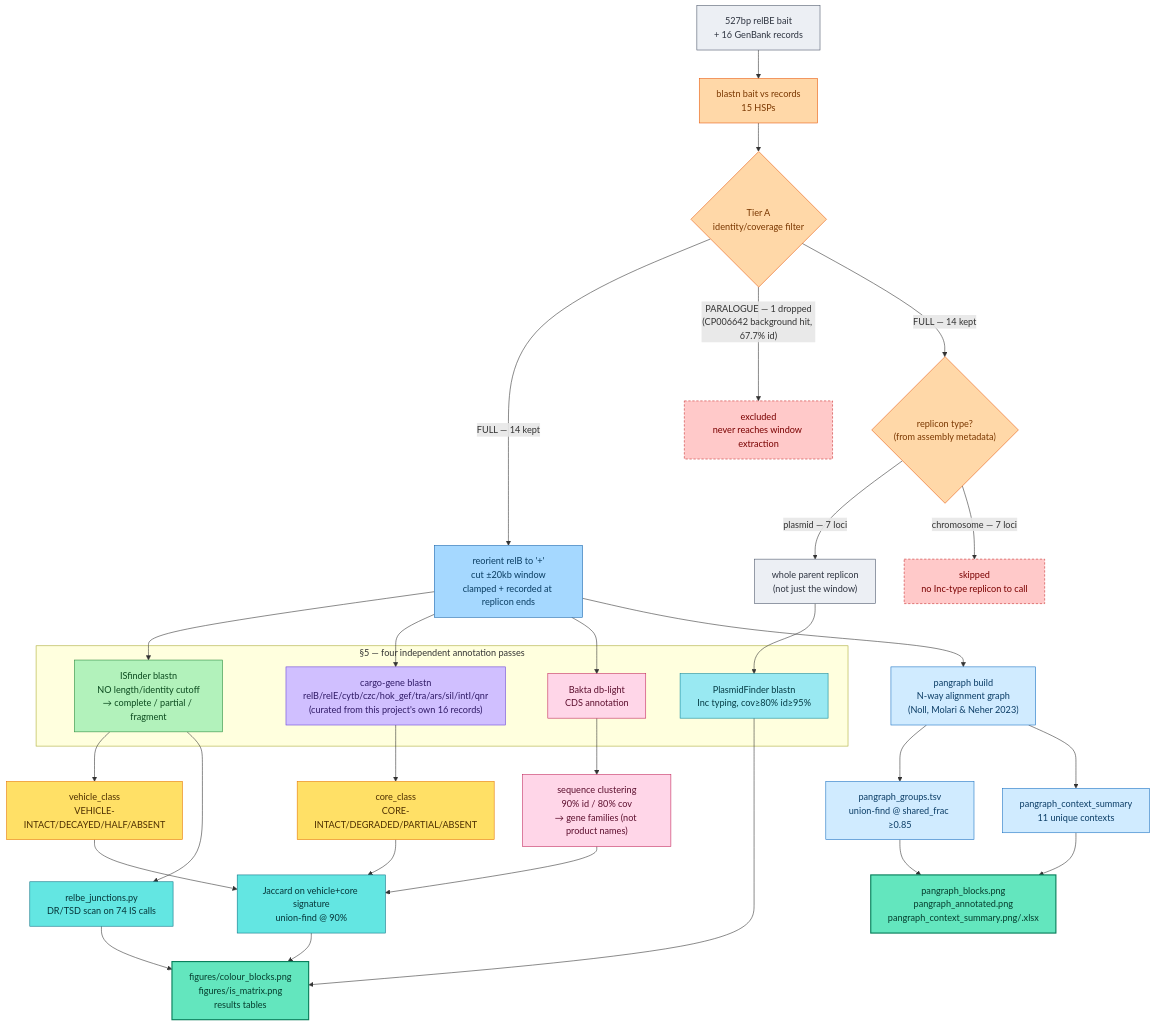
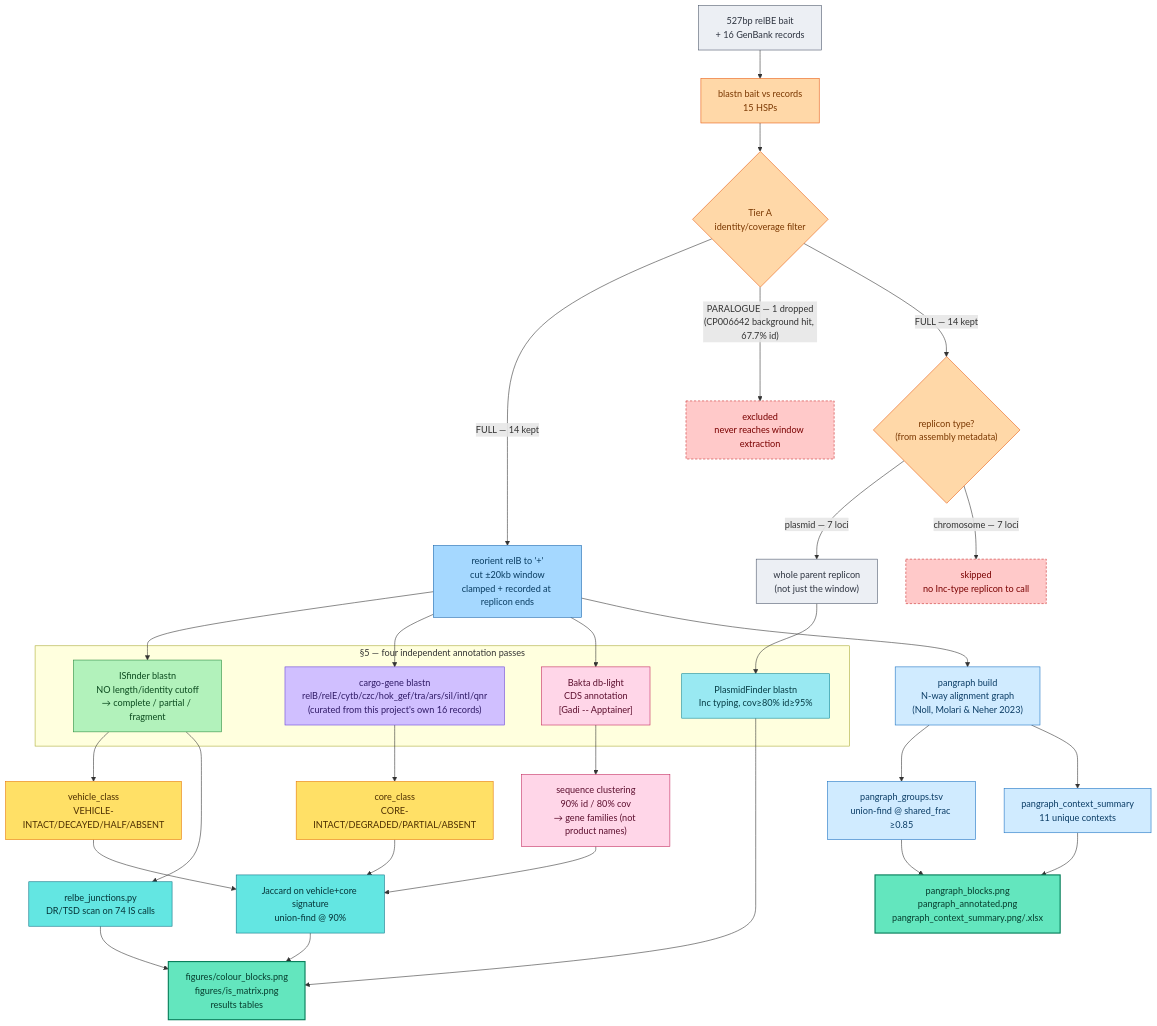
One commit to sethiyap/TAflank changed the second of 2 diagrams in REPORT.md. Above: the diagram before and after it, drawn with Mermaid. The commit also changed other lines of this file, not shown here.

First line of the commit message:
REPORT.md: simplify the vehicle/cargo/core schematic, mark Gadi vs local steps

````diff
--- a/REPORT.md
+++ b/REPORT.md
@@ -111,63 +110,63 @@
 ```mermaid
 flowchart TD
     bait["527bp relBE bait\n+ 16 GenBank records"]:::input
 
     bait --> blast["blastn bait vs records\n15 HSPs"]:::tier
     blast --> tierA{"Tier A\nidentity/coverage filter"}:::tier
     tierA -->|"FULL — 14 kept"| window
     tierA -->|"PARALOGUE — 1 dropped\n(CP006642 background hit, 67.7% id)"| dropped["excluded\nnever reaches window extraction"]:::dropped
 
     window["reorient relB to '+'\ncut ±20kb window\nclamped + recorded at replicon ends"]:::window
     window --> isfinder
     window --> cargo
     window --> bakta
     window --> pangraphBuild
 
     tierA -->|"FULL — 14 kept"| replClass{"replicon type?\n(from assembly metadata)"}:::tier
     replClass -->|"plasmid — 7 loci"| replicon
     replClass -->|"chromosome — 7 loci"| noPF["skipped\nno Inc-type replicon to call"]:::dropped
 
     replicon["whole parent replicon\n(not just the window)"]:::input --> plasmidfinder
 
     subgraph annotate["§5 — four independent annotation passes"]
         isfinder["ISfinder blastn\nNO length/identity cutoff\n→ complete / partial / fragment"]:::isfinder
         cargo["cargo-gene blastn\nrelB/relE/cytb/czc/hok_gef/tra/ars/sil/intI/qnr\n(curated from this project's own 16 records)"]:::cargo
         plasmidfinder["PlasmidFinder blastn\nInc typing, cov≥80% id≥95%"]:::plasmidfinder
-        bakta["Bakta db-light\nCDS annotation"]:::bakta
+        bakta["Bakta db-light\nCDS annotation\n[Gadi -- Apptainer]"]:::bakta
     end
 
     bakta --> families["sequence clustering\n90% id / 80% cov\n→ gene families (not product names)"]:::bakta
 
     isfinder --> vehicle["vehicle_class\nVEHICLE-INTACT/DECAYED/HALF/ABSENT"]:::classify
     cargo --> core["core_class\nCORE-INTACT/DEGRADED/PARTIAL/ABSENT"]:::classify
 
     isfinder --> tsd["relbe_junctions.py\nDR/TSD scan on 74 IS calls"]:::history
     vehicle --> jaccard["Jaccard on vehicle+core signature\nunion-find @ 90%"]:::history
     core --> jaccard
     families --> jaccard
 
     tsd --> figure
     jaccard --> figure
     plasmidfinder --> figure
     figure["figures/colour_blocks.png\nfigures/is_matrix.png\nresults tables"]:::output
 
     pangraphBuild["pangraph build\nN-way alignment graph\n(Noll, Molari & Neher 2023)"]:::pangraph
     pangraphBuild --> pangraphGroups["pangraph_groups.tsv\nunion-find @ shared_frac ≥0.85"]:::pangraph
     pangraphBuild --> pangraphCtx["pangraph_context_summary\n11 unique contexts"]:::pangraph
     pangraphGroups --> pangraphOut
     pangraphCtx --> pangraphOut
     pangraphOut["pangraph_blocks.png\npangraph_annotated.png\npangraph_context_summary.png/.xlsx"]:::output
 
     classDef input fill:#eceff4,stroke:#4c566a,color:#2e3440,stroke-width:1px
     classDef tier fill:#ffd8a8,stroke:#e8590c,color:#7a3700,stroke-width:1px
     classDef dropped fill:#ffc9c9,stroke:#c92a2a,color:#7a0000,stroke-width:1px,stroke-dasharray: 4 3
     classDef window fill:#a5d8ff,stroke:#1864ab,color:#0a3d62,stroke-width:1px
     classDef isfinder fill:#b2f2bb,stroke:#2b8a3e,color:#0b4a1e,stroke-width:1px
     classDef cargo fill:#d0bfff,stroke:#6741d9,color:#2f1a66,stroke-width:1px
     classDef plasmidfinder fill:#99e9f2,stroke:#0c8599,color:#063c45,stroke-width:1px
     classDef bakta fill:#ffd6e8,stroke:#c2255c,color:#5c0f2e,stroke-width:1px
     classDef classify fill:#ffe066,stroke:#e67700,color:#4d2e00,stroke-width:1px
     classDef history fill:#63e6e2,stroke:#0b7285,color:#063539,stroke-width:1px
     classDef pangraph fill:#d0ebff,stroke:#1971c2,color:#0b3d66,stroke-width:1px
     classDef output fill:#63e6be,stroke:#087f5b,color:#063d2e,stroke-width:2px
 ```
````
